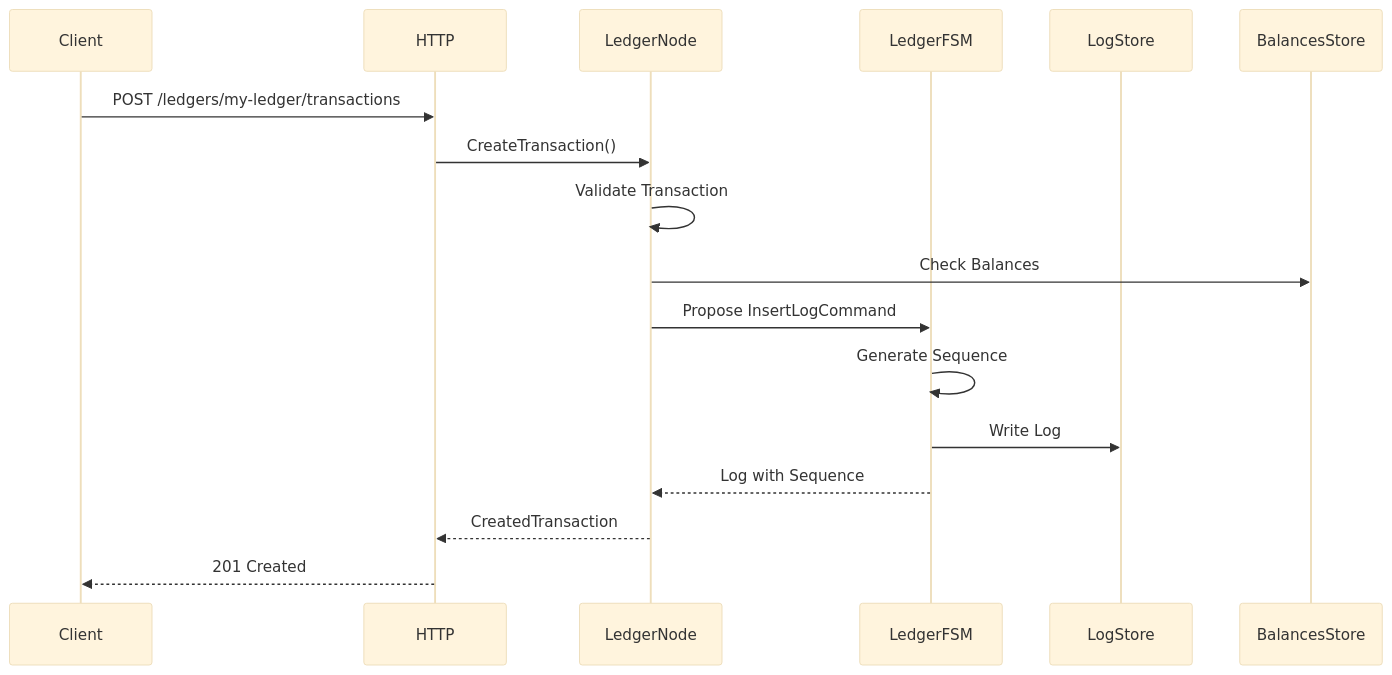
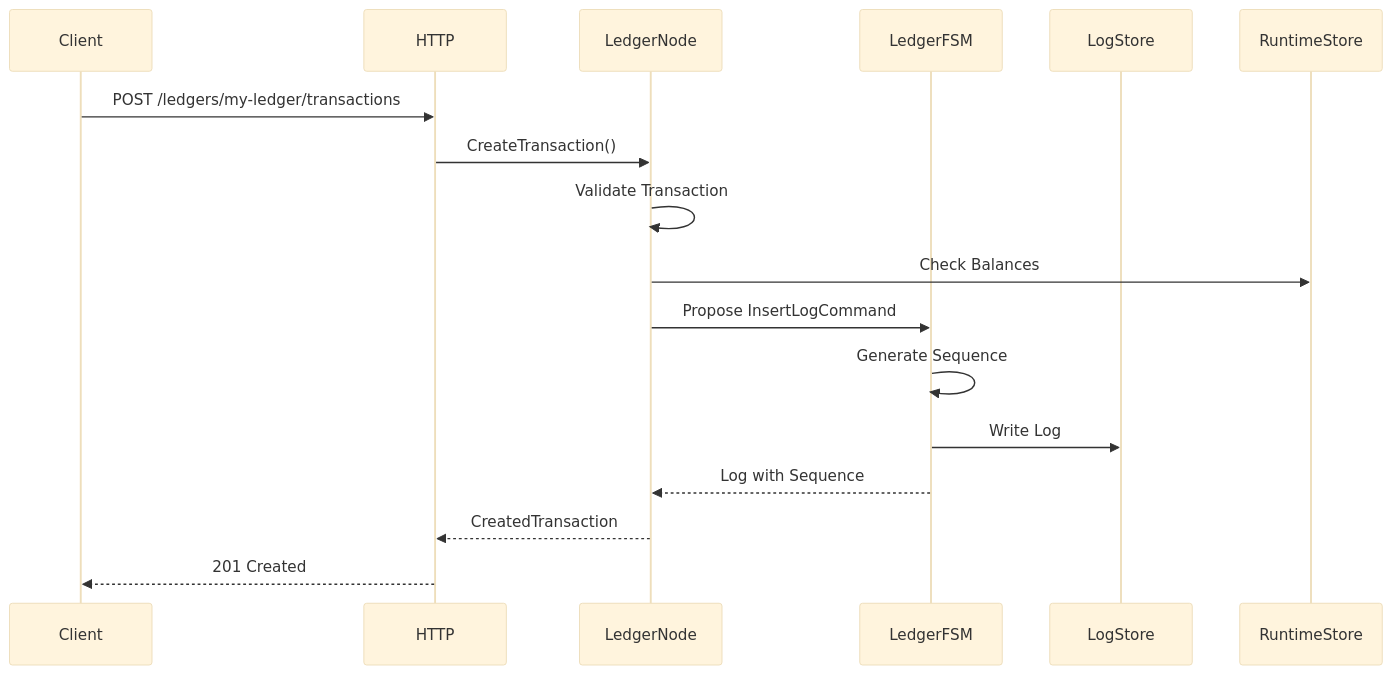
Before and after one commit to formancehq/ledger: the third of 3 diagrams in docs/buckets-ledgers.md, drawn with Mermaid (base theme). The commit also changed 5 other files, not shown here.

````diff
--- a/docs/buckets-ledgers.md
+++ b/docs/buckets-ledgers.md
@@ -173,20 +173,20 @@
 ```mermaid
 sequenceDiagram
     participant Client
     participant HTTP
     participant LedgerNode
     participant LedgerFSM
     participant LogStore
-    participant BalancesStore
+    participant RuntimeStore
     
     Client->>HTTP: POST /ledgers/my-ledger/transactions
     HTTP->>LedgerNode: CreateTransaction()
     LedgerNode->>LedgerNode: Validate Transaction
-    LedgerNode->>BalancesStore: Check Balances
+    LedgerNode->>RuntimeStore: Check Balances
     LedgerNode->>LedgerFSM: Propose InsertLogCommand
     LedgerFSM->>LedgerFSM: Generate Sequence
     LedgerFSM->>LogStore: Write Log
     LedgerFSM-->>LedgerNode: Log with Sequence
     LedgerNode-->>HTTP: CreatedTransaction
     HTTP-->>Client: 201 Created
 ```
````
